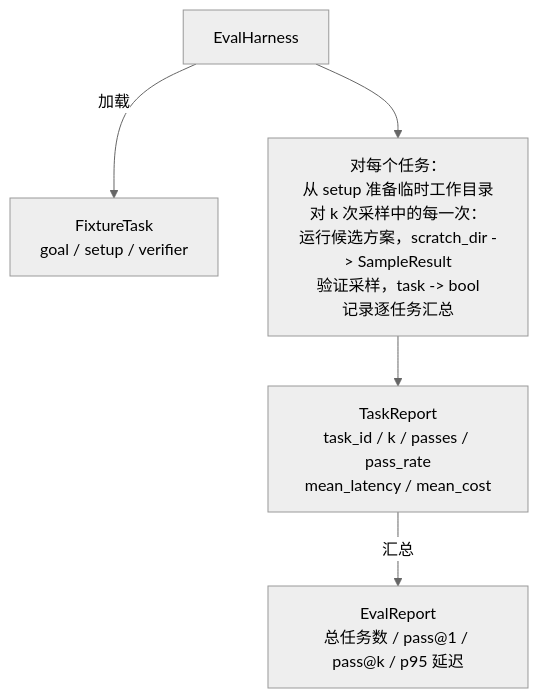
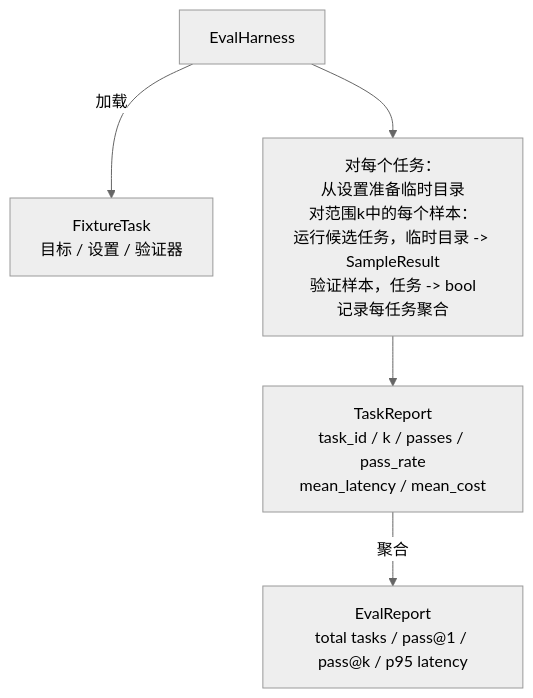
Before and after one commit to yuanbaoerer/ai-engineering-from-scratch: the second of 2 diagrams in phases/19-capstone-projects/27-eval-harness-fixture-tasks/docs/zh.md, drawn with Mermaid (neutral theme). The commit also changed other lines of this file, not shown here.

Commit message:
docs(phase-19/27): update Chinese translation for eval harness fixture tasks

````diff
--- a/phases/19-capstone-projects/27-eval-harness-fixture-tasks/docs/zh.md
+++ b/phases/19-capstone-projects/27-eval-harness-fixture-tasks/docs/zh.md
@@ -58,7 +58,7 @@
 ```mermaid
 flowchart TD
-  Harness[EvalHarness] -->|加载| Task[FixtureTask<br/>goal / setup / verifier]
-  Harness --> Loop[对每个任务：<br/>从 setup 准备临时工作目录<br/>对 k 次采样中的每一次：<br/>运行候选方案，scratch_dir -> SampleResult<br/>验证采样，task -> bool<br/>记录逐任务汇总]
+  Harness[EvalHarness] -->|加载| Task[FixtureTask<br/>目标 / 设置 / 验证器]
+  Harness --> Loop[对每个任务：<br/>从设置准备临时目录<br/>对范围k中的每个样本：<br/>运行候选任务，临时目录 -> SampleResult<br/>验证样本，任务 -> bool<br/>记录每任务聚合]
   Loop --> TaskReport[TaskReport<br/>task_id / k / passes / pass_rate<br/>mean_latency / mean_cost]
-  TaskReport -->|汇总| EvalReport[EvalReport<br/>总任务数 / pass@1 / pass@k / p95 延迟]
+  TaskReport -->|聚合| EvalReport[EvalReport<br/>total tasks / pass@1 / pass@k / p95 latency]
 ```
````
